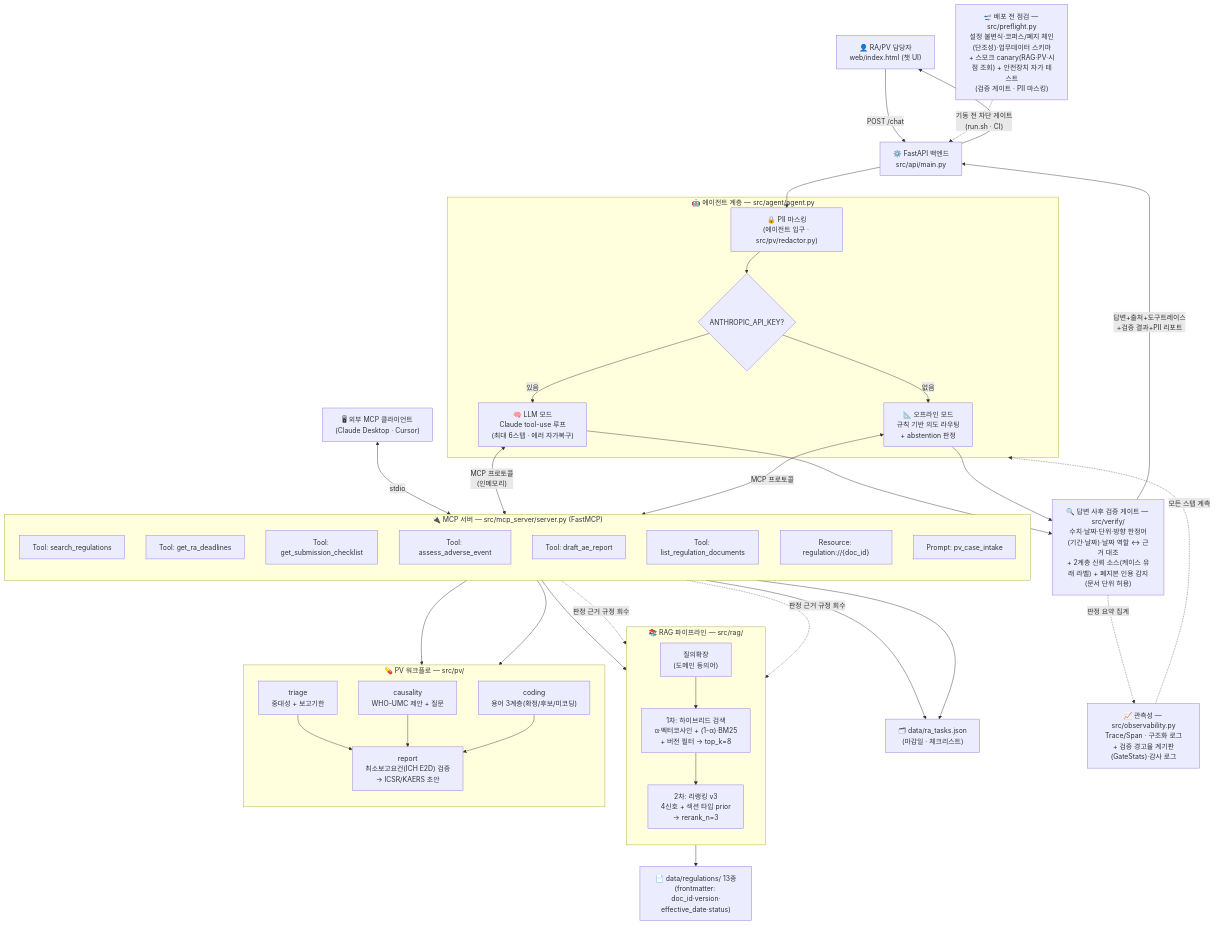
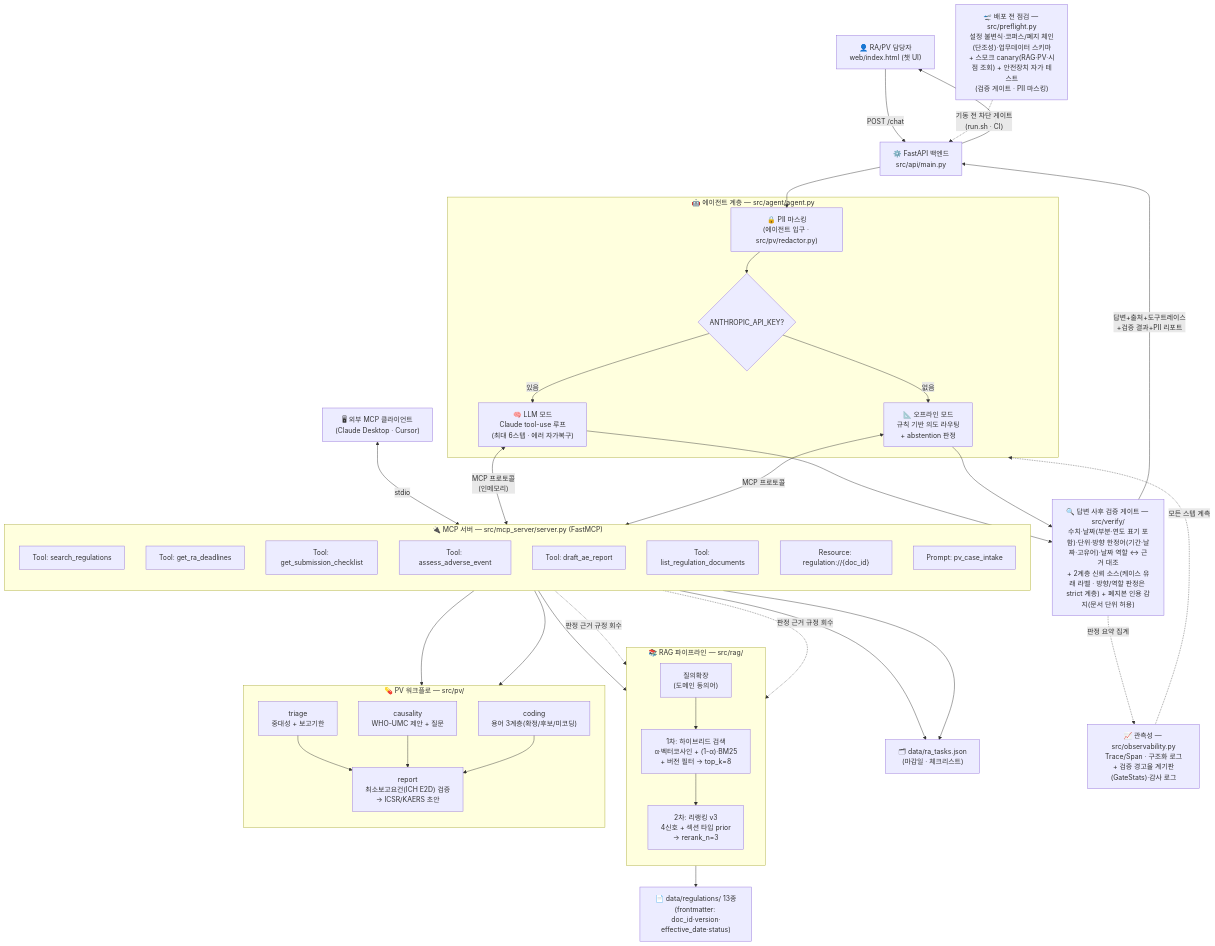
Before and after one commit to chaeyoo/letsgogc: the first of 4 diagrams in project/description/아키텍처.md, drawn with Mermaid. The commit also changed other lines of this file and 16 other files, not shown here.

````diff
--- a/project/description/아키텍처.md
+++ b/project/description/아키텍처.md
@@ -10,61 +10,61 @@
 ```mermaid
 flowchart TB
     U["👤 RA/PV 담당자<br/>web/index.html (챗 UI)"] -->|"POST /chat"| API["⚙️ FastAPI 백엔드<br/>src/api/main.py"]
     EXT["🖥 외부 MCP 클라이언트<br/>(Claude Desktop · Cursor)"] <-->|"stdio"| MCP
 
     API --> RED["🔒 PII 마스킹<br/>(에이전트 입구 · src/pv/redactor.py)"]
 
     subgraph AGENT["🤖 에이전트 계층 — src/agent/agent.py"]
         RED --> MODE{"ANTHROPIC_API_KEY?"}
         MODE -->|있음| LLMM["🧠 LLM 모드<br/>Claude tool-use 루프<br/>(최대 6스텝 · 에러 자가복구)"]
         MODE -->|없음| OFF["📐 오프라인 모드<br/>규칙 기반 의도 라우팅<br/>+ abstention 판정"]
     end
 
     LLMM <-->|"MCP 프로토콜<br/>(인메모리)"| MCP
     OFF <-->|"MCP 프로토콜"| MCP
 
     subgraph MCP["🔌 MCP 서버 — src/mcp_server/server.py (FastMCP)"]
         direction TB
         T1["Tool: search_regulations"]
         T2["Tool: get_ra_deadlines"]
         T3["Tool: get_submission_checklist"]
         T4["Tool: assess_adverse_event"]
         T5["Tool: draft_ae_report"]
         T6["Tool: list_regulation_documents"]
         R1["Resource: regulation://{doc_id}"]
         P1["Prompt: pv_case_intake"]
     end
 
     T1 --> RAGP
     T4 --> PVW
     T5 --> PVW
     T4 -.->|"판정 근거 규정 회수"| RAGP
     T5 -.->|"판정 근거 규정 회수"| RAGP
     T2 --> DB["🗂 data/ra_tasks.json<br/>(마감일 · 체크리스트)"]
     T3 --> DB
 
     subgraph RAGP["📚 RAG 파이프라인 — src/rag/"]
         direction TB
         QE["질의확장<br/>(도메인 동의어)"] --> HY["1차: 하이브리드 검색<br/>α·벡터코사인 + (1-α)·BM25<br/>+ 버전 필터 → top_k=8"]
         HY --> RR["2차: 리랭킹 v3<br/>4신호 + 섹션 타입 prior<br/>→ rerank_n=3"]
     end
 
     subgraph PVW["💊 PV 워크플로 — src/pv/"]
         direction TB
         TR["triage<br/>중대성 + 보고기한"] --> RP["report<br/>최소보고요건(ICH E2D) 검증<br/>→ ICSR/KAERS 초안"]
         CA["causality<br/>WHO-UMC 제안 + 질문"] --> RP
         CO["coding<br/>용어 3계층(확정/후보/미코딩)"] --> RP
     end
 
     RAGP --> DOCS["📄 data/regulations/ 13종<br/>(frontmatter: doc_id·version·<br/>effective_date·status)"]
 
     LLMM --> VER
     OFF --> VER
-    VER["🔍 답변 사후 검증 게이트 — src/verify/<br/>수치·날짜·단위·방향 한정어(기간·날짜)·날짜 역할 ↔ 근거 대조<br/>+ 2계층 신뢰 소스(케이스 유래 라벨) + 폐지본 인용 감지(문서 단위 허용)"] -->|"답변+출처+도구트레이스<br/>+검증 결과+PII 리포트"| API
+    VER["🔍 답변 사후 검증 게이트 — src/verify/<br/>수치·날짜(부분·연도 표기 포함)·단위·방향 한정어(기간·날짜·고유어)·날짜 역할 ↔ 근거 대조<br/>+ 2계층 신뢰 소스(케이스 유래 라벨 · 방향/역할 판정은 strict 계층) + 폐지본 인용 감지(문서 단위 허용)"] -->|"답변+출처+도구트레이스<br/>+검증 결과+PII 리포트"| API
     API --> U
 
     OBS["📈 관측성 — src/observability.py<br/>Trace/Span · 구조화 로그<br/>+ 검증 경고율 계기판(GateStats)·감사 로그"] -.모든 스텝 계측.-> AGENT
     VER -. 판정 요약 집계 .-> OBS
 
     PRE["🛫 배포 전 점검 — src/preflight.py<br/>설정 불변식·코퍼스/폐지 체인(단조성)·업무데이터 스키마<br/>+ 스모크 canary(RAG·PV·시점 조회) + 안전장치 자가 테스트<br/>(검증 게이트 · PII 마스킹)"] -. "기동 전 차단 게이트<br/>(run.sh · CI)" .-> API
 ```
````
